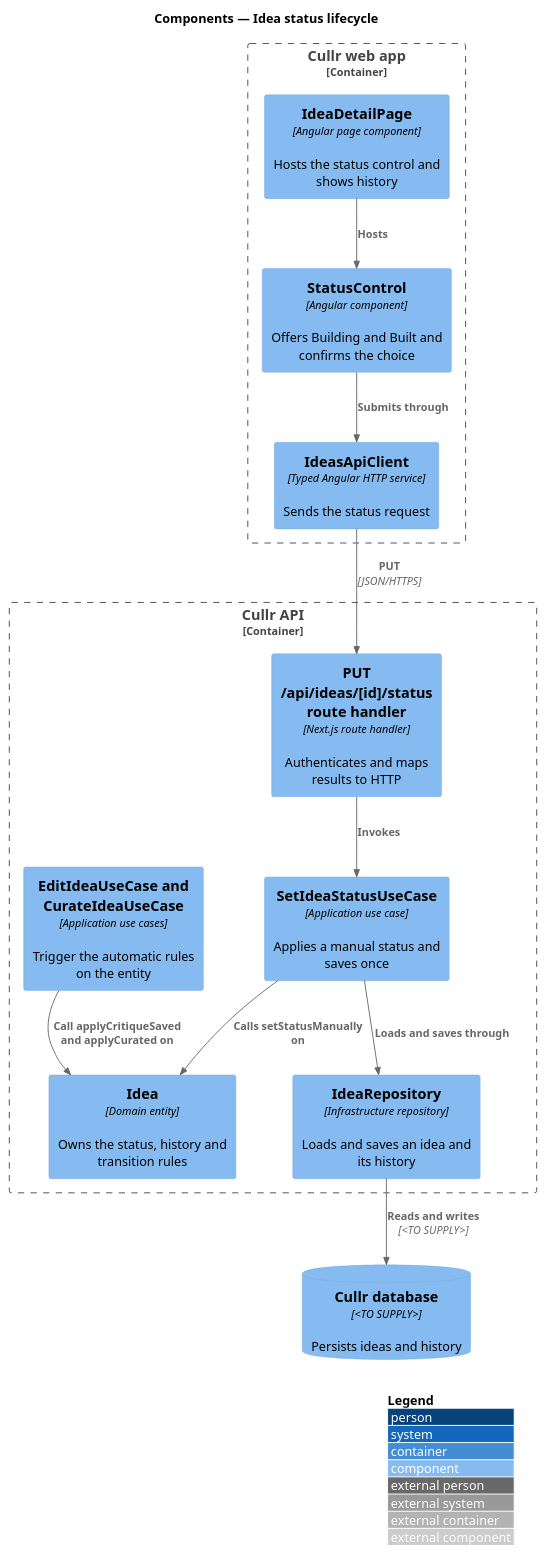
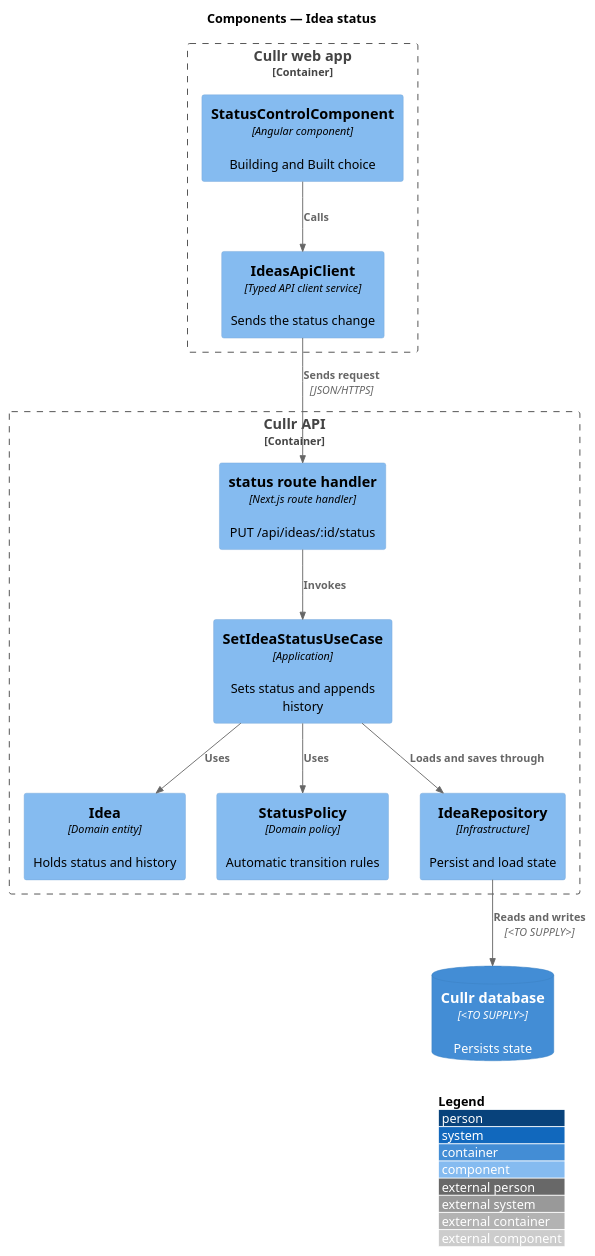
One commit to QuinntyneBrown/cullr changed the diagram in docs/detailed-designs/ideas/idea-status/diagrams/c4-component.puml. Above: the diagram before and after it, drawn with PlantUML. The commit also changed 15 other files, not shown here.

Commit message:
Add bulk-select-ideas design; revise idea-status design

```diff
--- a/docs/detailed-designs/ideas/idea-status/diagrams/c4-component.puml
+++ b/docs/detailed-designs/ideas/idea-status/diagrams/c4-component.puml
@@ -1,28 +1,26 @@
 @startuml
 !include <C4/C4_Component>
 LAYOUT_WITH_LEGEND()
-title Components — Idea status lifecycle
+title Components — Idea status
 
 Container_Boundary(spa, "Cullr web app") {
-  Component(page, "IdeaDetailPage", "Angular page component", "Hosts the status control and shows history")
-  Component(control, "StatusControl", "Angular component", "Offers Building and Built and confirms the choice")
-  Component(client, "IdeasApiClient", "Typed Angular HTTP service", "Sends the status request")
+  Component(f0, "StatusControlComponent", "Angular component", "Building and Built choice")
+  Component(f1, "IdeasApiClient", "Typed API client service", "Sends the status change")
 }
 Container_Boundary(api, "Cullr API") {
-  Component(route, "PUT /api/ideas/[id]/status route handler", "Next.js route handler", "Authenticates and maps results to HTTP")
-  Component(usecase, "SetIdeaStatusUseCase", "Application use case", "Applies a manual status and saves once")
-  Component(entity, "Idea", "Domain entity", "Owns the status, history and transition rules")
-  Component(repo, "IdeaRepository", "Infrastructure repository", "Loads and saves an idea and its history")
-  Component(other, "EditIdeaUseCase and CurateIdeaUseCase", "Application use cases", "Trigger the automatic rules on the entity")
+  Component(a0, "status route handler", "Next.js route handler", "PUT /api/ideas/:id/status")
+  Component(a1, "SetIdeaStatusUseCase", "Application", "Sets status and appends history")
+  Component(a2, "Idea", "Domain entity", "Holds status and history")
+  Component(a3, "StatusPolicy", "Domain policy", "Automatic transition rules")
+  Component(r, "IdeaRepository", "Infrastructure", "Persist and load state")
 }
-ComponentDb(db, "Cullr database", "<TO SUPPLY>", "Persists ideas and history")
+ContainerDb(db, "Cullr database", "<TO SUPPLY>", "Persists state")
 
-Rel(page, control, "Hosts")
-Rel(control, client, "Submits through")
-Rel(client, route, "PUT", "JSON/HTTPS")
-Rel(route, usecase, "Invokes")
-Rel(usecase, repo, "Loads and saves through")
-Rel(usecase, entity, "Calls setStatusManually on")
-Rel(other, entity, "Call applyCritiqueSaved and applyCurated on")
-Rel(repo, db, "Reads and writes", "<TO SUPPLY>")
+Rel(f0, f1, "Calls")
+Rel(f1, a0, "Sends request", "JSON/HTTPS")
+Rel(a0, a1, "Invokes")
+Rel(a1, a2, "Uses")
+Rel(a1, a3, "Uses")
+Rel(a1, r, "Loads and saves through")
+Rel(r, db, "Reads and writes", "<TO SUPPLY>")
 @enduml
```
